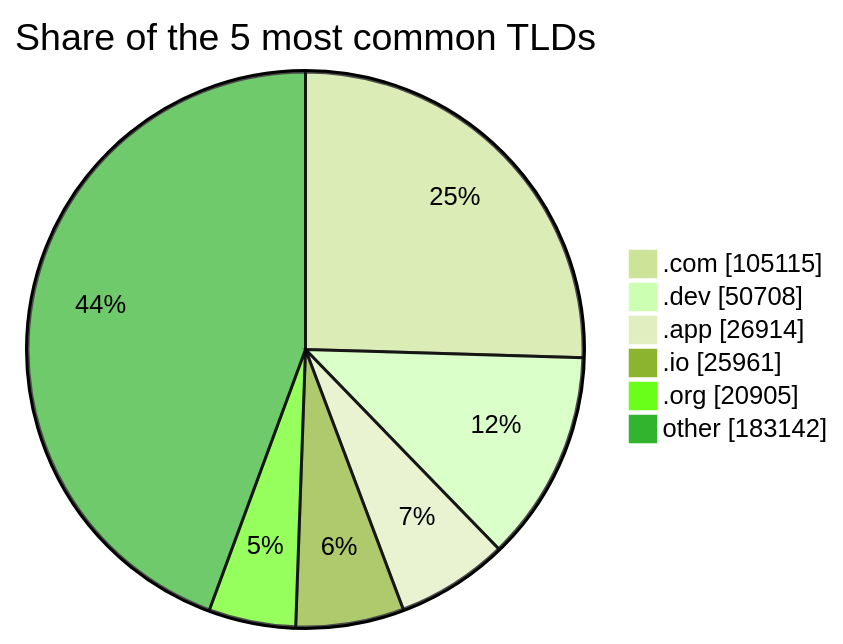
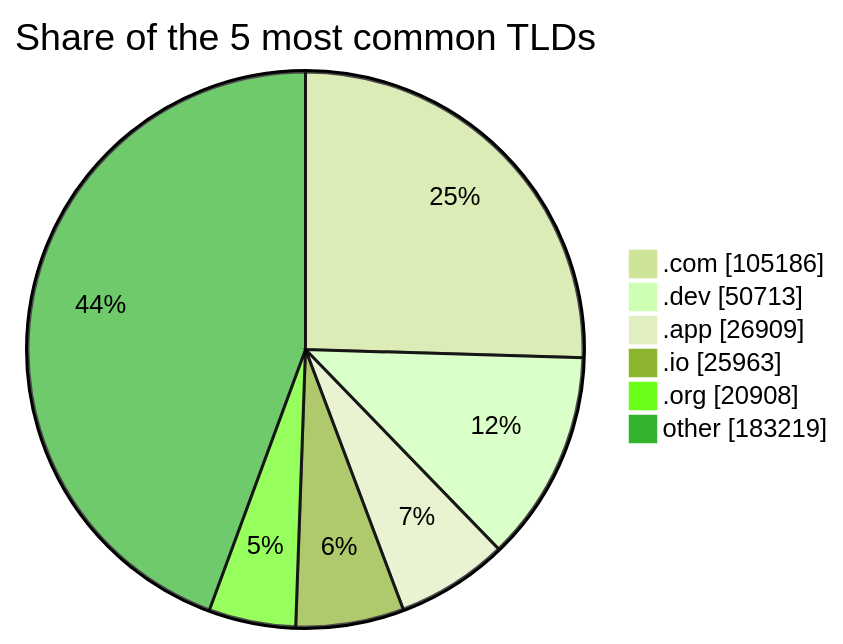
The third of 3 diagrams in README.md (DNSBunker/CTI), drawn with Mermaid (forest theme) before and after one commit. The commit also changed other lines of this file and 3 other files, not shown here.

````diff
--- a/README.md
+++ b/README.md
@@ -81,9 +81,9 @@
 ```mermaid
 pie showData title Share of the 5 most common TLDs
-    ".com" : 105115
-    ".dev" : 50708
-    ".app" : 26914
-    ".io" : 25961
-    ".org" : 20905
-    "other" : 183142
+    ".com" : 105186
+    ".dev" : 50713
+    ".app" : 26909
+    ".io" : 25963
+    ".org" : 20908
+    "other" : 183219
 ```
````
